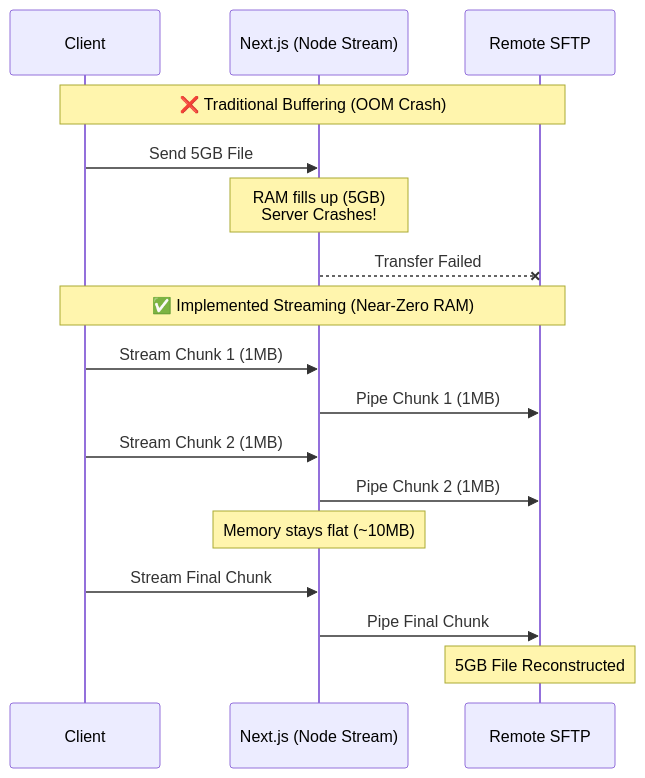
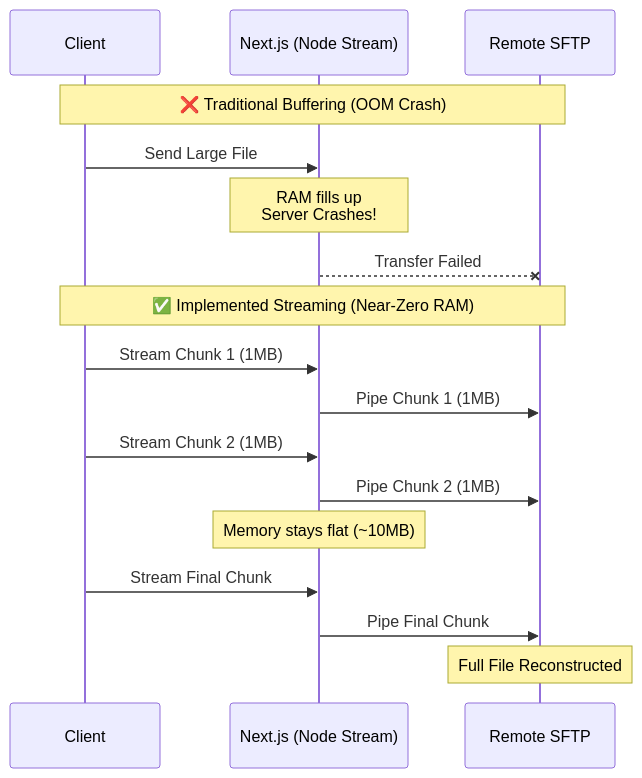
The second of 3 diagrams in README.md (SabbellaLaharika/nextjs-sftp-file-manager), drawn with Mermaid before and after one commit.

Commit message:
docs: align streaming architecture docs with 100MB requirement

````diff
--- a/README.md
+++ b/README.md
@@ -77,21 +77,21 @@
 ```mermaid
 sequenceDiagram
     participant Client
     participant NextJS as Next.js (Node Stream)
     participant SFTP as Remote SFTP
 
     Note over Client,SFTP: ❌ Traditional Buffering (OOM Crash)
-    Client->>NextJS: Send 5GB File
-    Note over NextJS: RAM fills up (5GB)<br/>Server Crashes!
+    Client->>NextJS: Send Large File
+    Note over NextJS: RAM fills up<br/>Server Crashes!
     NextJS--xSFTP: Transfer Failed
 
     Note over Client,SFTP: ✅ Implemented Streaming (Near-Zero RAM)
     Client->>NextJS: Stream Chunk 1 (1MB)
     NextJS->>SFTP: Pipe Chunk 1 (1MB)
     Client->>NextJS: Stream Chunk 2 (1MB)
     NextJS->>SFTP: Pipe Chunk 2 (1MB)
     Note over NextJS: Memory stays flat (~10MB)
     Client->>NextJS: Stream Final Chunk
     NextJS->>SFTP: Pipe Final Chunk
-    Note over SFTP: 5GB File Reconstructed
+    Note over SFTP: Full File Reconstructed
 ```
````
